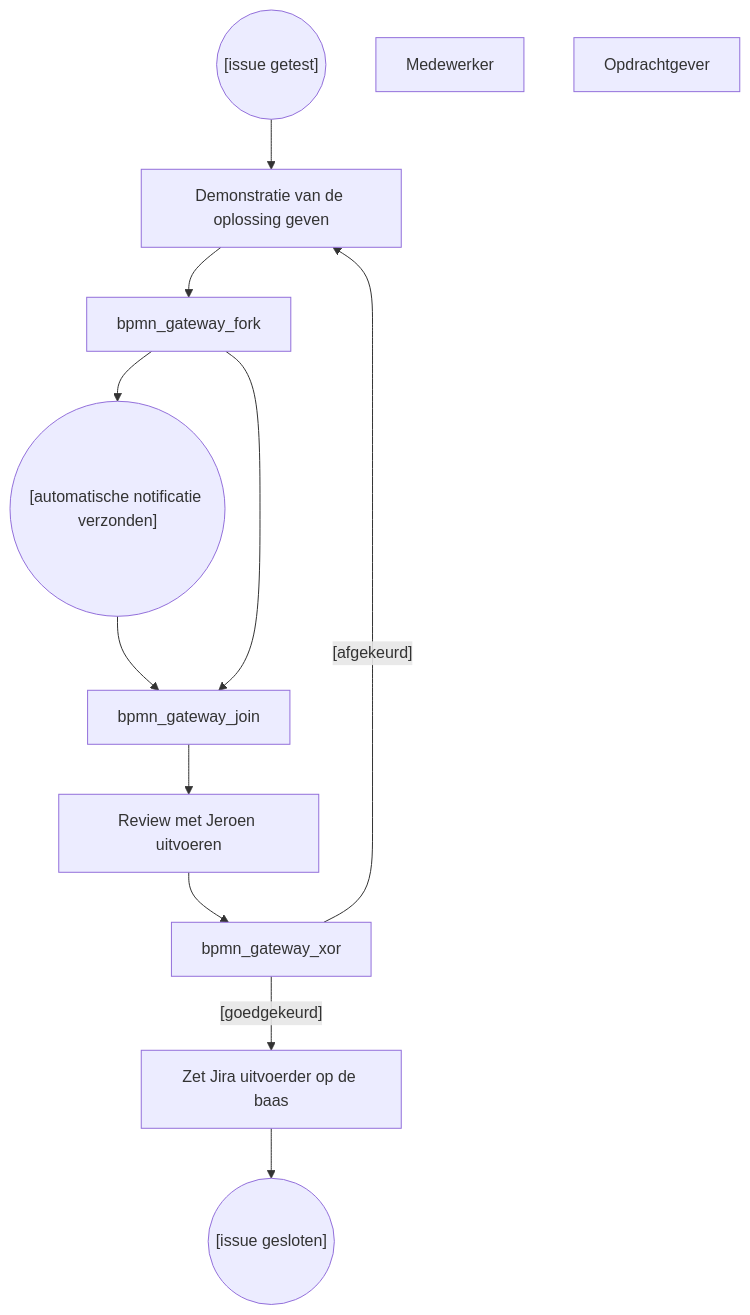
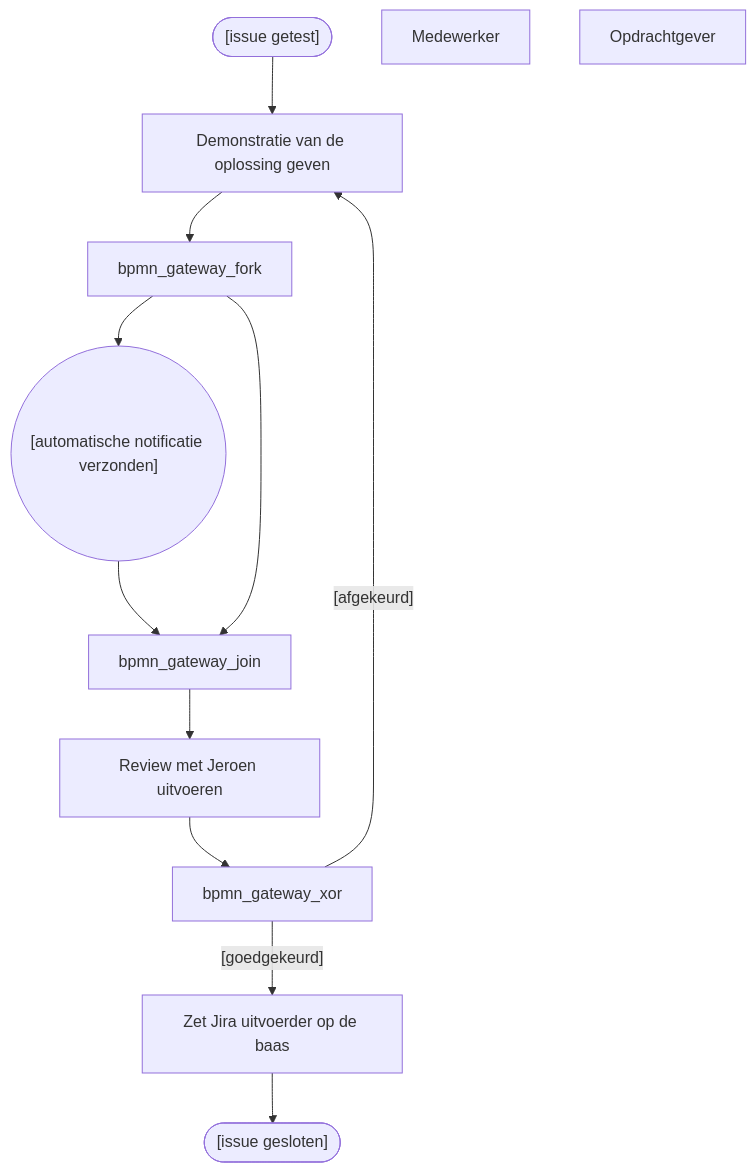
The diagram in 10 Issue Tracker review final.mermaid (Zaibatsu89/IssueTracker), drawn with Mermaid before and after one commit. The commit also changed 12 other files, not shown here.

Commit message:
Added support for both BPMN and standard flowchart shapes

```diff
--- a/10 Issue Tracker review final.mermaid
+++ b/10 Issue Tracker review final.mermaid
@@ -1,19 +1,19 @@
-graph TD
-    bpmn_start_event(("[issue getest]"))
+flowchart TD
+    bpmn_start_event(["[issue getest]"])
     bpmn_task_intake["Demonstratie van de oplossing geven"]
     bpmn_event_notification(("[automatische notificatie verzonden]"))
     bpmn_task_beoordeling["Review met Jeroen uitvoeren"]
     bpmn_task_analyse["Zet Jira uitvoerder op de baas"]
-    bpmn_end_event(("[issue gesloten]"))
+    bpmn_end_event(["[issue gesloten]"])
     mIc6XLMKuAxiAPNymMe0-20["Medewerker"]
     mIc6XLMKuAxiAPNymMe0-21["Opdrachtgever"]
     bpmn_gateway_xor -->|"[goedgekeurd]"| bpmn_task_analyse
     bpmn_gateway_xor -->|"[afgekeurd]"| bpmn_task_intake
     bpmn_start_event --> bpmn_task_intake
     bpmn_task_intake --> bpmn_gateway_fork
     bpmn_gateway_fork --> bpmn_event_notification
     bpmn_event_notification --> bpmn_gateway_join
     bpmn_gateway_fork --> bpmn_gateway_join
     bpmn_gateway_join --> bpmn_task_beoordeling
     bpmn_task_beoordeling --> bpmn_gateway_xor
     bpmn_task_analyse --> bpmn_end_event
```
